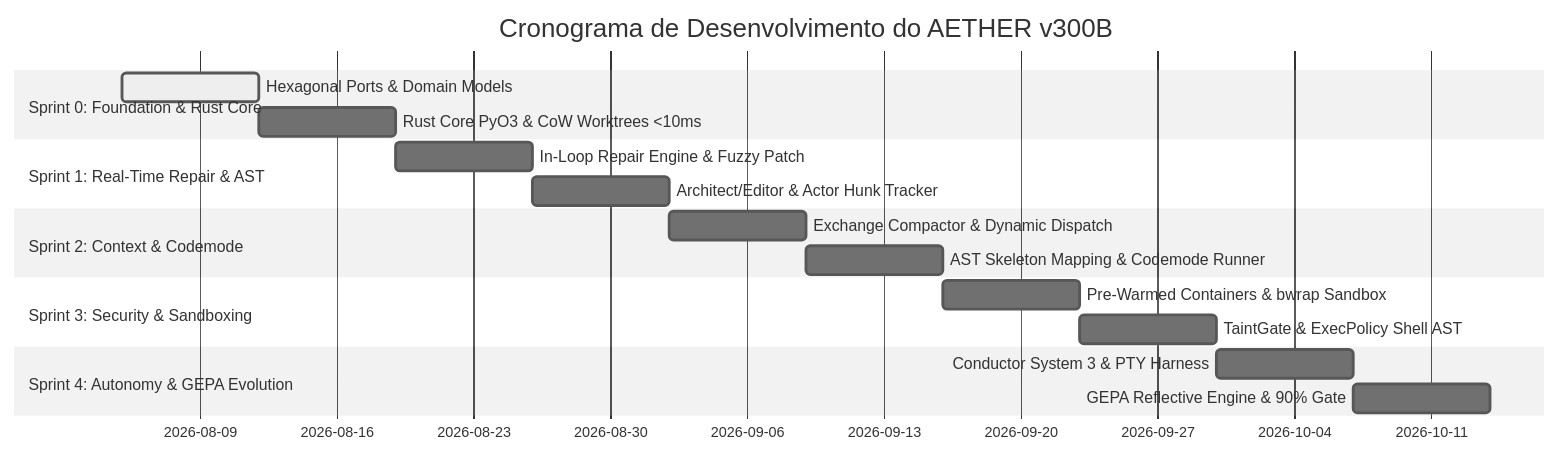
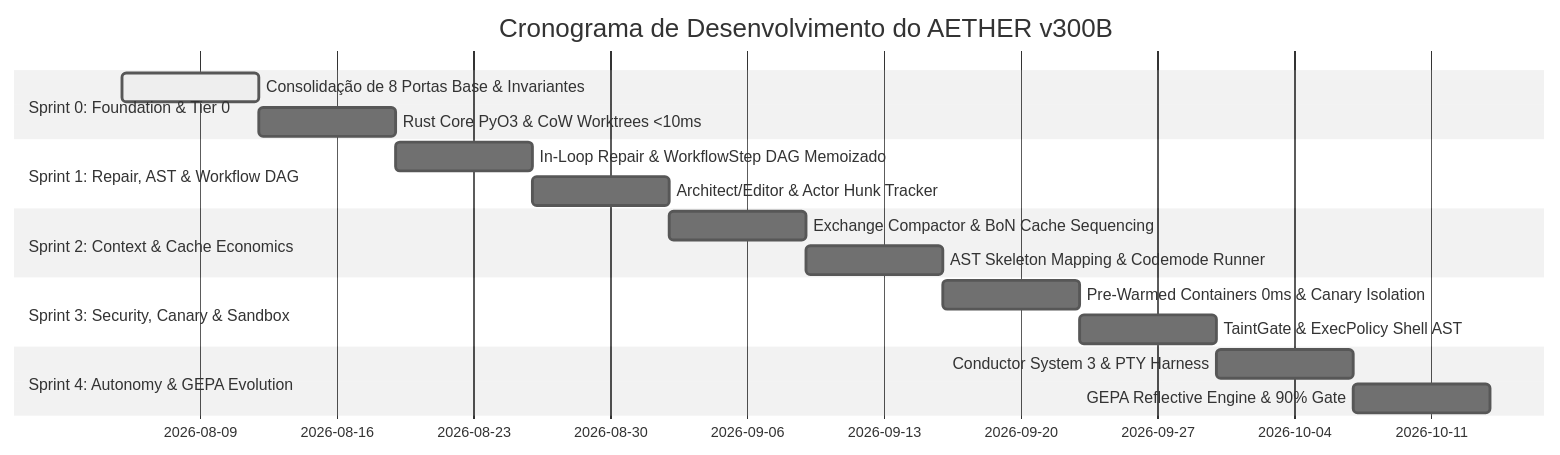
One commit to brainopensource/Harness-D-power changed the first of 2 diagrams in docs/rationale/rewrite_b/rewrite_v300_roadmap_sprints_B.md. Above: the diagram before and after it, drawn with Mermaid (neutral theme). The commit also changed other lines of this file and 16 other files, not shown here.

````diff
--- a/docs/rationale/rewrite_b/rewrite_v300_roadmap_sprints_B.md
+++ b/docs/rationale/rewrite_b/rewrite_v300_roadmap_sprints_B.md
@@ -46,20 +43,20 @@
 ```mermaid
 gantt
     title Cronograma de Desenvolvimento do AETHER v300B
     dateFormat  YYYY-MM-DD
-    section Sprint 0: Foundation & Rust Core
-    Hexagonal Ports & Domain Models     :active, s0_1, 2026-08-05, 7d
+    section Sprint 0: Foundation & Tier 0
+    Consolidação de 8 Portas Base & Invariantes:active, s0_1, 2026-08-05, 7d
     Rust Core PyO3 & CoW Worktrees <10ms:s0_2, after s0_1, 7d
-    section Sprint 1: Real-Time Repair & AST
-    In-Loop Repair Engine & Fuzzy Patch :s1_1, after s0_2, 7d
+    section Sprint 1: Repair, AST & Workflow DAG
+    In-Loop Repair & WorkflowStep DAG Memoizado:s1_1, after s0_2, 7d
     Architect/Editor & Actor Hunk Tracker:s1_2, after s1_1, 7d
-    section Sprint 2: Context & Codemode
-    Exchange Compactor & Dynamic Dispatch:s2_1, after s1_2, 7d
+    section Sprint 2: Context & Cache Economics
+    Exchange Compactor & BoN Cache Sequencing:s2_1, after s1_2, 7d
     AST Skeleton Mapping & Codemode Runner:s2_2, after s2_1, 7d
-    section Sprint 3: Security & Sandboxing
-    Pre-Warmed Containers & bwrap Sandbox:s3_1, after s2_2, 7d
+    section Sprint 3: Security, Canary & Sandbox
+    Pre-Warmed Containers 0ms & Canary Isolation:s3_1, after s2_2, 7d
     TaintGate & ExecPolicy Shell AST     :s3_2, after s3_1, 7d
     section Sprint 4: Autonomy & GEPA Evolution
     Conductor System 3 & PTY Harness     :s4_1, after s3_2, 7d
     GEPA Reflective Engine & 90% Gate    :s4_2, after s4_1, 7d
 ```
````
